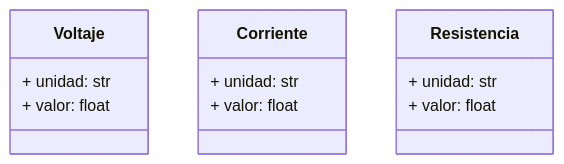
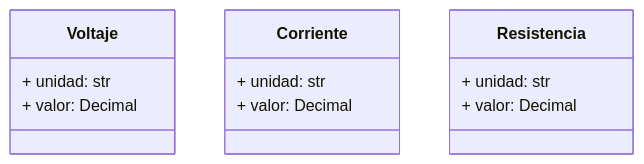
The second of 8 diagrams in README.md (MarcosBernardC/ohm-tui), drawn with Mermaid before and after one commit. The commit also changed other lines of this file, not shown here.

````diff
--- a/README.md
+++ b/README.md
@@ -67,15 +67,15 @@
 ```mermaid
 classDiagram
     class Voltaje{
         + unidad: str
-        + valor: float
+        + valor: Decimal
     }
     class Corriente{
         + unidad: str
-        + valor: float
+        + valor: Decimal
     }
     class Resistencia{
         + unidad: str
-        + valor: float
+        + valor: Decimal
     }
 ```
````
